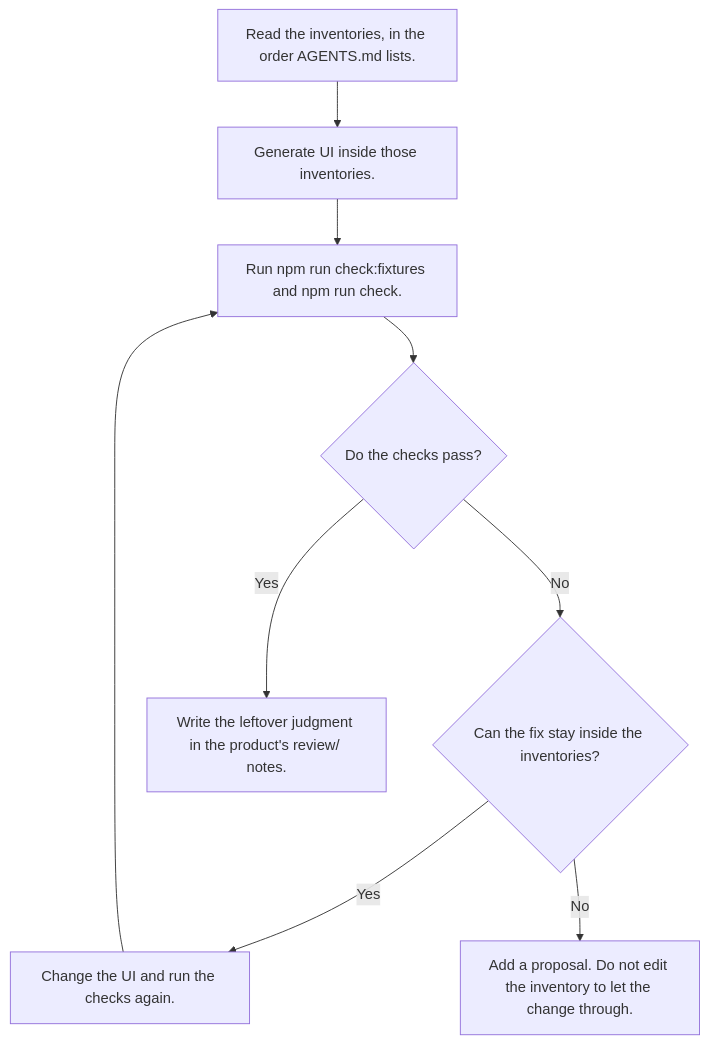
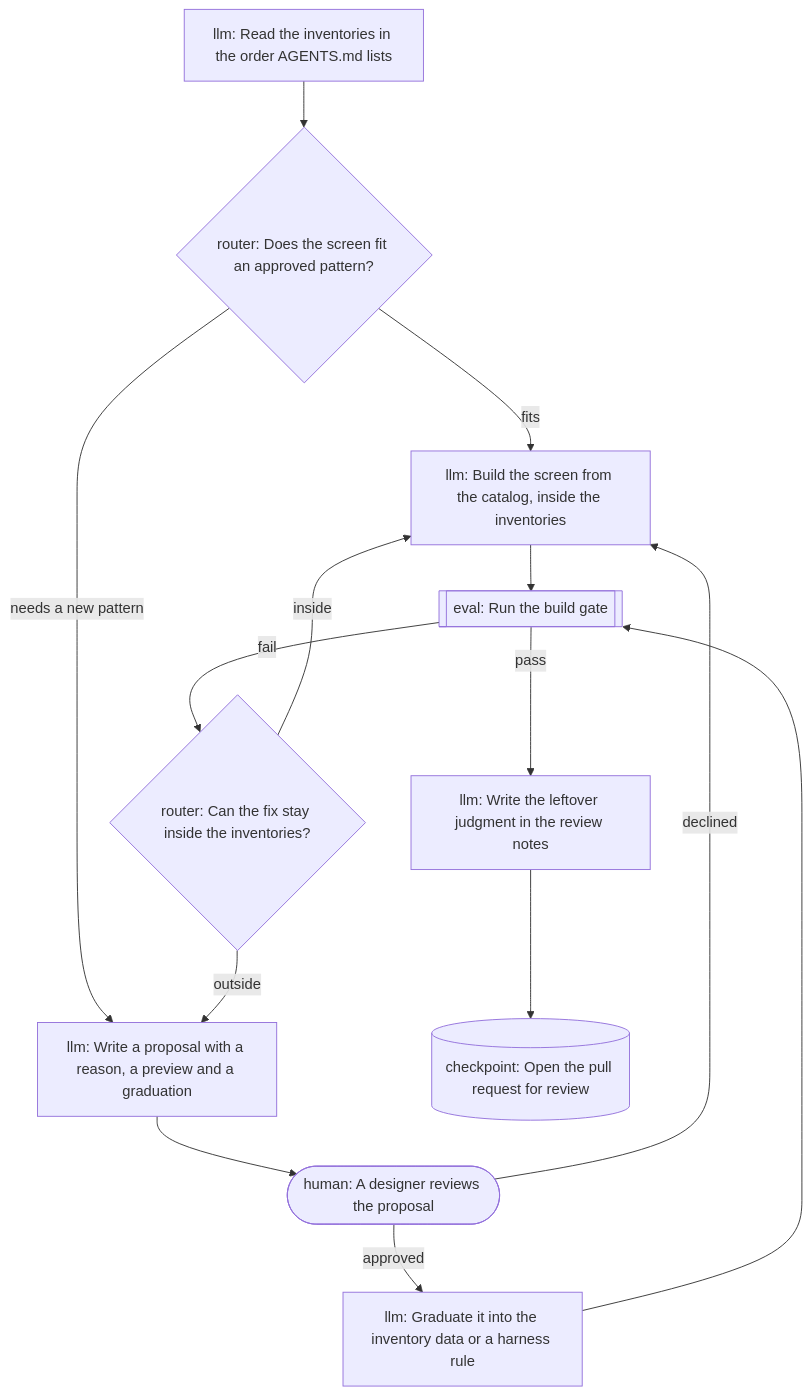
One commit to tounsoo/agent-design-loop changed the third of 7 diagrams in packages/harness/docs/how-it-works.md. Above: the diagram before and after it, drawn with Mermaid. The commit also changed other lines of this file and 12 other files, not shown here.

First line of the commit message:
feat(harness): define the design loop as a graph with check:loop

````diff
--- a/packages/harness/docs/how-it-works.md
+++ b/packages/harness/docs/how-it-works.md
@@ -92,13 +94,26 @@
 ```mermaid
 flowchart TB
-  read["Read the inventories, in the order AGENTS.md lists."]
-  generate["Generate UI inside those inventories."]
-  run["Run npm run check:fixtures and npm run check."]
-  read --> generate --> run
-  run --> passed{"Do the checks pass?"}
-  passed -->|No| inside{"Can the fix stay inside the inventories?"}
-  inside -->|Yes| fix["Change the UI and run the checks again."]
-  fix --> run
-  inside -->|No| propose["Add a proposal. Do not edit the inventory to let the change through."]
-  passed -->|Yes| note["Write the leftover judgment in the product's review/ notes."]
+  read["llm: Read the inventories in the order AGENTS.md lists"]
+  route{"router: Does the screen fit an approved pattern?"}
+  build["llm: Build the screen from the catalog, inside the inventories"]
+  checks[["eval: Run the build gate"]]
+  triage{"router: Can the fix stay inside the inventories?"}
+  propose["llm: Write a proposal with a reason, a preview and a graduation"]
+  approval(["human: A designer reviews the proposal"])
+  graduate["llm: Graduate it into the inventory data or a harness rule"]
+  note["llm: Write the leftover judgment in the review notes"]
+  pull_request[("checkpoint: Open the pull request for review")]
+  read --> route
+  route -->|fits| build
+  route -->|needs a new pattern| propose
+  build --> checks
+  checks -->|pass| note
+  checks -->|fail| triage
+  triage -->|inside| build
+  triage -->|outside| propose
+  propose --> approval
+  approval -->|approved| graduate
+  approval -->|declined| build
+  graduate --> checks
+  note --> pull_request
 ```
````
